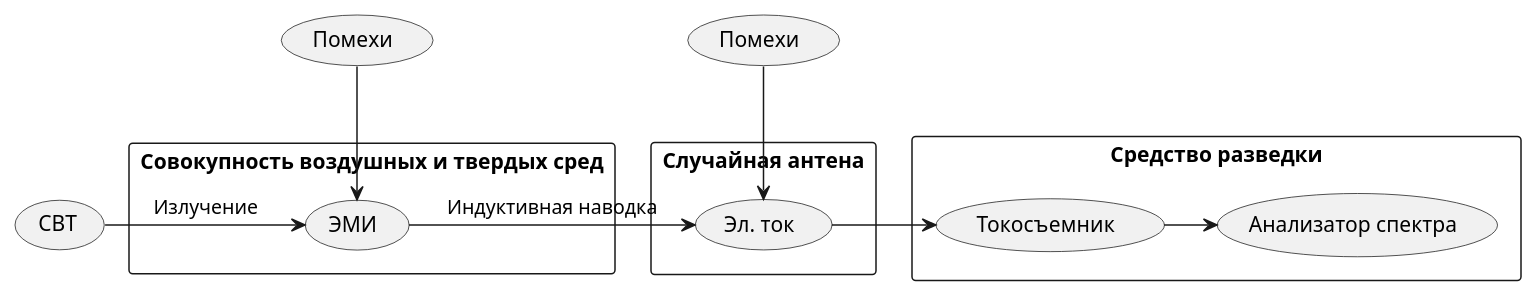
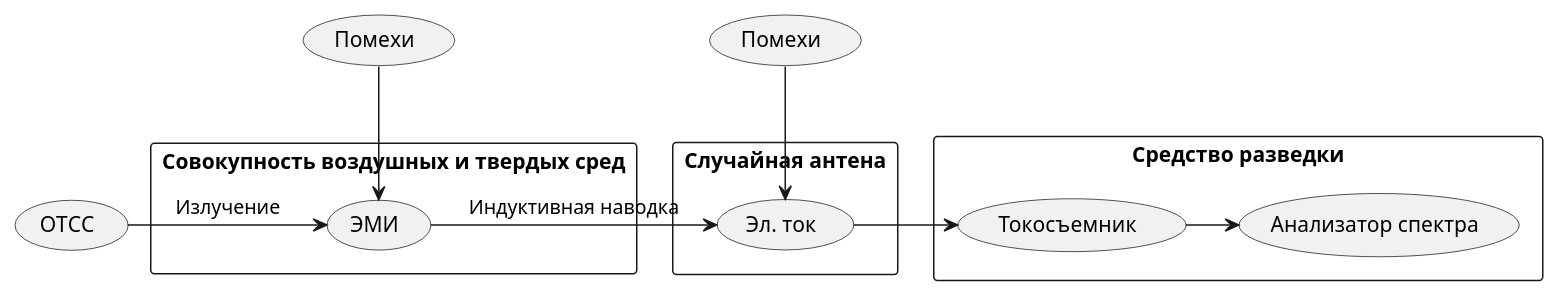
The diagram in Заметки/Канал утечки за счет наводок ПЭМИ на случайные антенны.md (almkuznetsov/bmstu-kb), drawn with PlantUML before and after one commit. The commit also changed 15 other files, not shown here.

````diff
--- a/Заметки/Канал утечки за счет наводок ПЭМИ на случайные антенны.md
+++ b/Заметки/Канал утечки за счет наводок ПЭМИ на случайные антенны.md
@@ -2,23 +2,23 @@
 ```plantuml
 @startuml
-usecase "СВТ" as A
+usecase "ОТСС" as OTCC
 rectangle "Совокупность воздушных и твердых сред" {
-    usecase "ЭМИ" as B
+    usecase "ЭМИ" as EMI
 }
-A -> (B) : Излучение
+OTCC -> (EMI) : Излучение
 rectangle "Случайная антена" {
-    usecase "Эл. ток" as C
+    usecase "Эл. ток" as El.tok
 }
-B -> (C) : Индуктивная наводка
+EMI -> (El.tok) : Индуктивная наводка
 rectangle "Cредство разведки" {
-usecase "Токосъемник" as D
-usecase "Анализатор спектра" as E
+usecase "Токосъемник" as Tokosem
+usecase "Анализатор спектра" as AS
 }
-C -> D
-D -> E
-usecase "Помехи" as F
-F -down-> B
-usecase "Помехи" as G
-G -down-> C
+El.tok -> Tokosem
+Tokosem -> AS
+usecase "Помехи" as Pomehi1
+Pomehi1 -down-> EMI
+usecase "Помехи" as Pomehi2
+Pomehi2 -down-> El.tok
 @enduml
 ```
````
